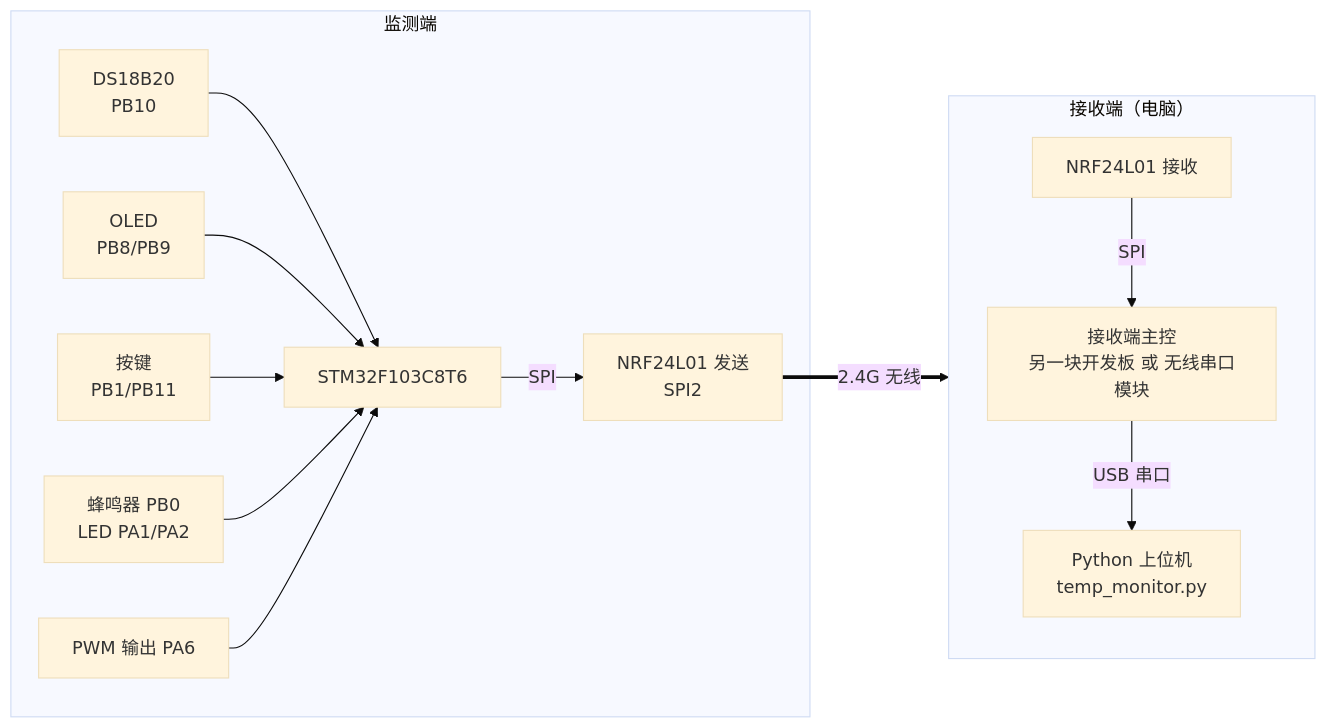
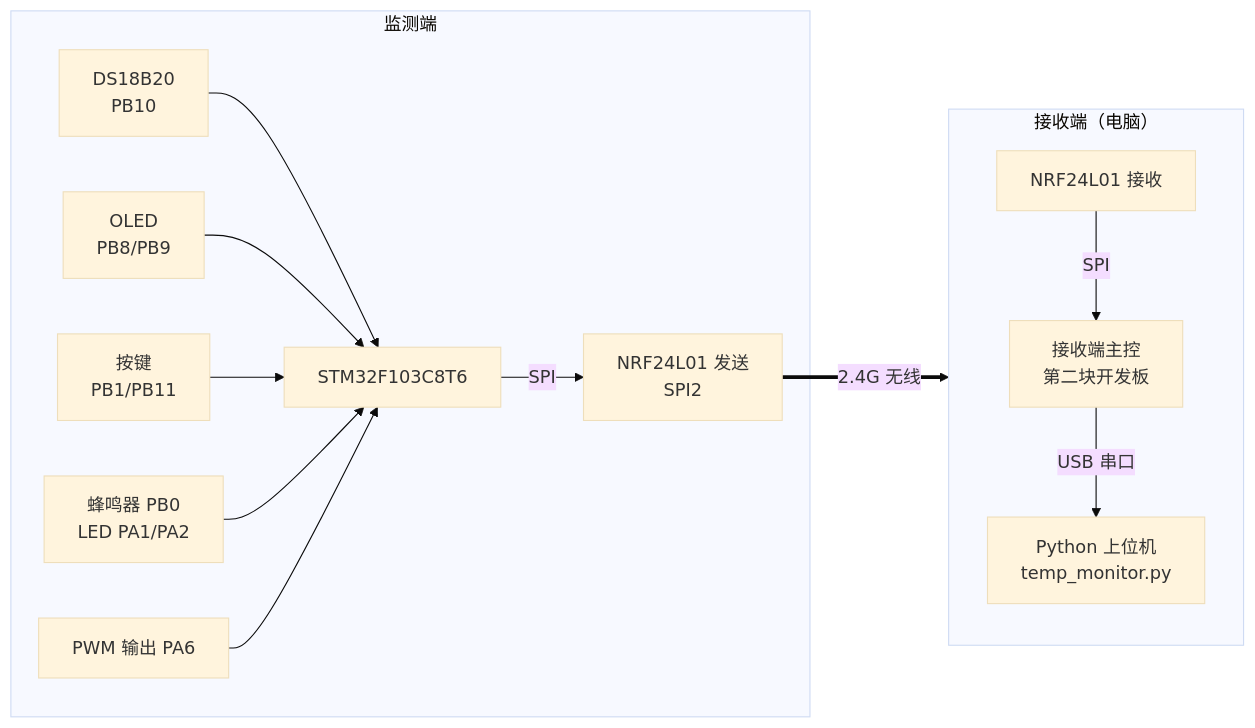
Before and after one commit to mengw2163-coder/wenkong: the diagram in README.md, drawn with Mermaid (base theme). The commit also changed other lines of this file and 4 other files, not shown here.

````diff
--- a/README.md
+++ b/README.md
@@ -33,28 +48,28 @@
 ```mermaid
 flowchart LR
     subgraph MONITOR[监测端]
         MCU[STM32F103C8T6]
         SENSOR[DS18B20<br/>PB10]
         OLED[OLED<br/>PB8/PB9]
         KEY[按键<br/>PB1/PB11]
         ALARM[蜂鸣器 PB0<br/>LED PA1/PA2]
         DAC[PWM 输出 PA6]
         TX[NRF24L01 发送<br/>SPI2]
         SENSOR --> MCU
         OLED --> MCU
         KEY --> MCU
         ALARM --> MCU
         DAC --> MCU
         MCU -->|SPI| TX
     end
 
     TX ==>|2.4G 无线| RX[NRF24L01 接收]
 
     subgraph PC[接收端（电脑）]
         direction TB
-        RXMCU[接收端主控<br/>另一块开发板 或 无线串口模块]
+        RXMCU[接收端主控<br/>第二块开发板]
         APP[Python 上位机<br/>temp_monitor.py]
         RX -->|SPI| RXMCU
         RXMCU -->|USB 串口| APP
     end
 ```
````
